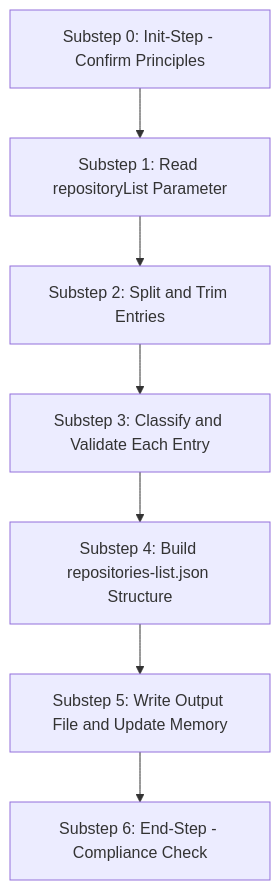
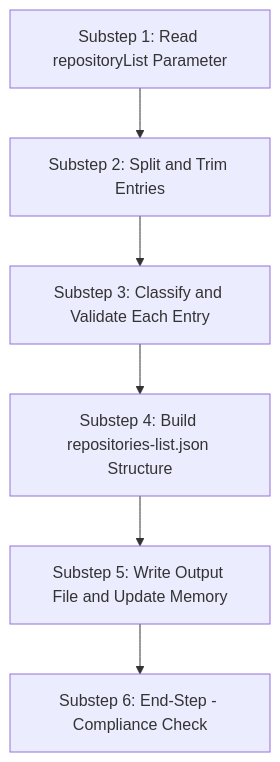
One commit to HMTools/agentic-processes-templates changed the diagram in templates/steps/multi-repo/parse-repository-list/parse-repository-list.md. Above: the diagram before and after it, drawn with Mermaid. The commit also changed other lines of this file and 64 other files, not shown here.

````diff
--- a/templates/steps/multi-repo/parse-repository-list/parse-repository-list.md
+++ b/templates/steps/multi-repo/parse-repository-list/parse-repository-list.md
@@ -44,9 +44,8 @@
 ```mermaid
 graph TD
-    A[Substep 0: Init-Step - Confirm Principles] --> B[Substep 1: Read repositoryList Parameter]
-    B --> C[Substep 2: Split and Trim Entries]
-    C --> D[Substep 3: Classify and Validate Each Entry]
-    D --> E[Substep 4: Build repositories-list.json Structure]
-    E --> F[Substep 5: Write Output File and Update Memory]
-    F --> G[Substep 6: End-Step - Compliance Check]
+    A[Substep 1: Read repositoryList Parameter] --> B[Substep 2: Split and Trim Entries]
+    B --> C[Substep 3: Classify and Validate Each Entry]
+    C --> D[Substep 4: Build repositories-list.json Structure]
+    D --> E[Substep 5: Write Output File and Update Memory]
+    E --> F[Substep 6: End-Step - Compliance Check]
 ```
````
